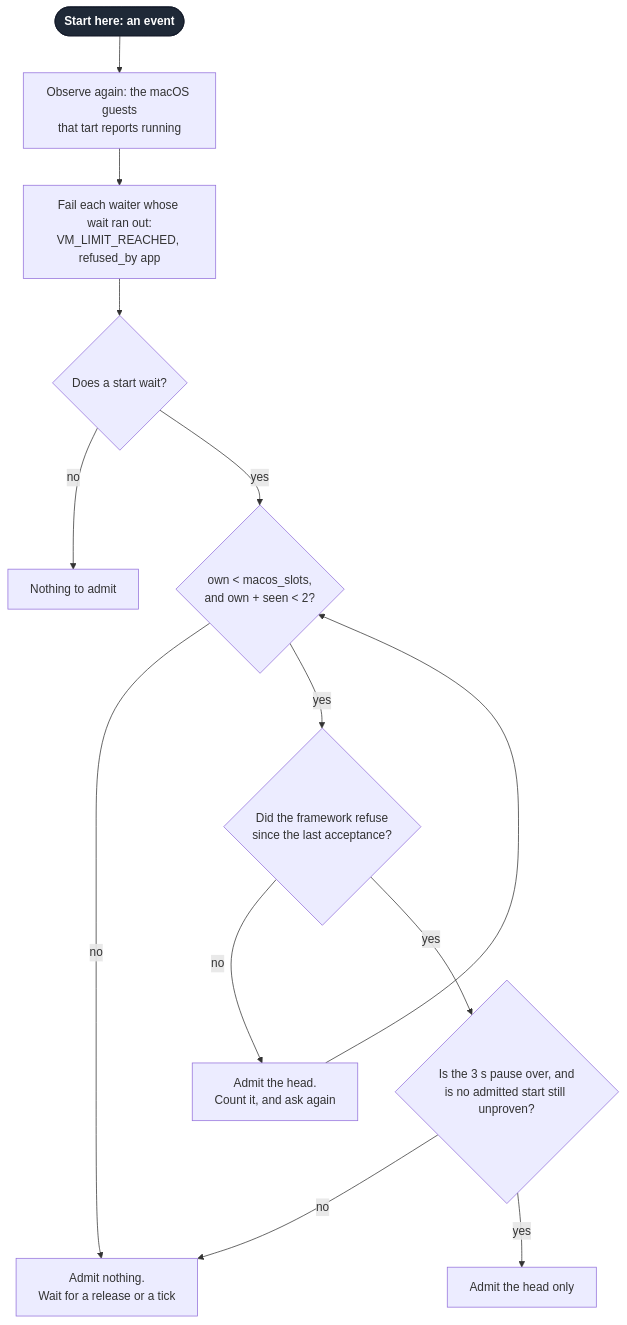
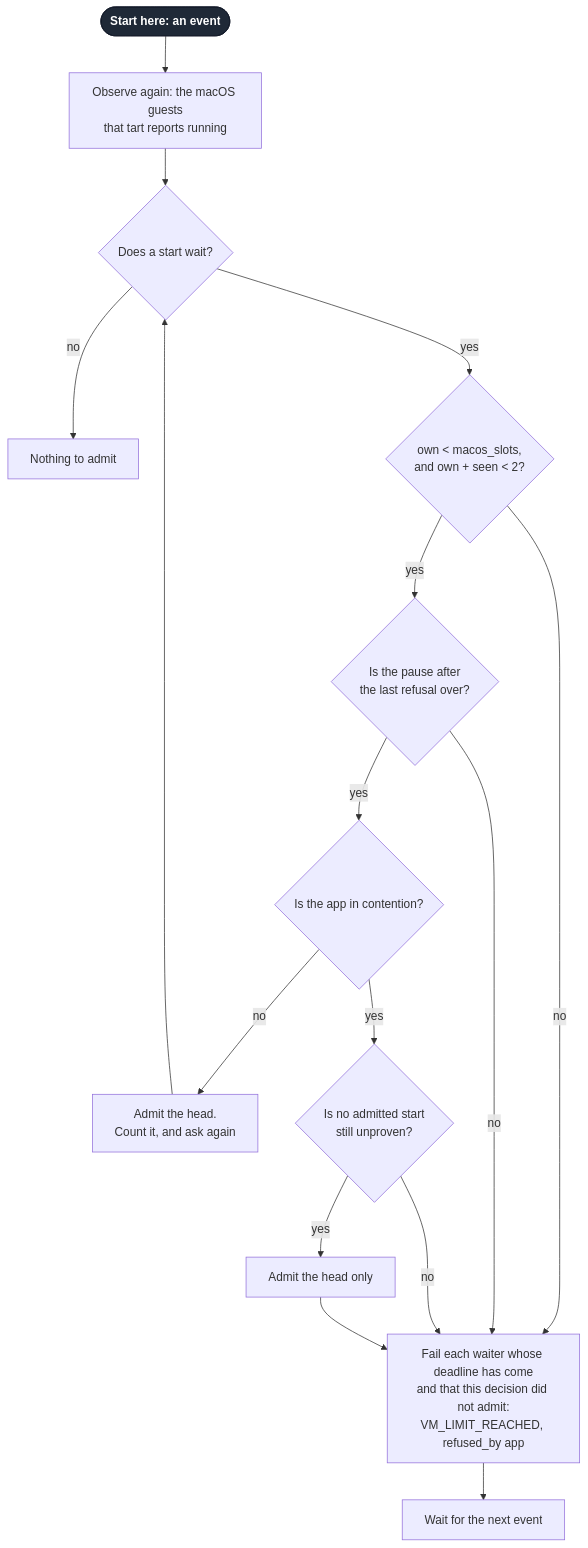
Before and after one commit to Linkuistics/TestAnyware: the third of 7 diagrams in docs/specs/admission-queue.md, drawn with Mermaid. The commit also changed other lines of this file and 9 other files, not shown here.

First line of the commit message:
grove(admission-queue-k5): triage the findings of admission-queue-k4, fix the order, the deadline, the start record and macos_slots, cut admission-queue-k6, and retire the leaf

````diff
--- a/docs/specs/admission-queue.md
+++ b/docs/specs/admission-queue.md
@@ -219,16 +226,19 @@
 ```mermaid
 flowchart TD
   ev(["Start here: an event"]):::start --> obs["Observe again: the macOS guests<br/>that tart reports running"]
-  obs --> exp["Fail each waiter whose wait ran out:<br/>VM_LIMIT_REACHED, refused_by app"]
-  exp --> any{"Does a start wait?"}
+  obs --> any{"Does a start wait?"}
   any -- "no" --> idle["Nothing to admit"]
   any -- "yes" --> free{"own < macos_slots,<br/>and own + seen < 2?"}
-  free -- "no" --> hold["Admit nothing.<br/>Wait for a release or a tick"]
-  free -- "yes" --> cont{"Did the framework refuse<br/>since the last acceptance?"}
+  free -- "no" --> exp
+  free -- "yes" --> pause{"Is the pause after<br/>the last refusal over?"}
+  pause -- "no" --> exp
+  pause -- "yes" --> cont{"Is the app in contention?"}
   cont -- "no" --> head["Admit the head.<br/>Count it, and ask again"]
-  head --> free
-  cont -- "yes" --> one{"Is the 3 s pause over, and<br/>is no admitted start still unproven?"}
-  one -- "no" --> hold
+  head --> any
+  cont -- "yes" --> one{"Is no admitted start<br/>still unproven?"}
+  one -- "no" --> exp
   one -- "yes" --> single["Admit the head only"]
+  single --> exp["Fail each waiter whose deadline has come<br/>and that this decision did not admit:<br/>VM_LIMIT_REACHED, refused_by app"]
+  exp --> hold["Wait for the next event"]
   classDef start fill:#1f2937,stroke:#111827,color:#ffffff,font-weight:bold
 ```
````
